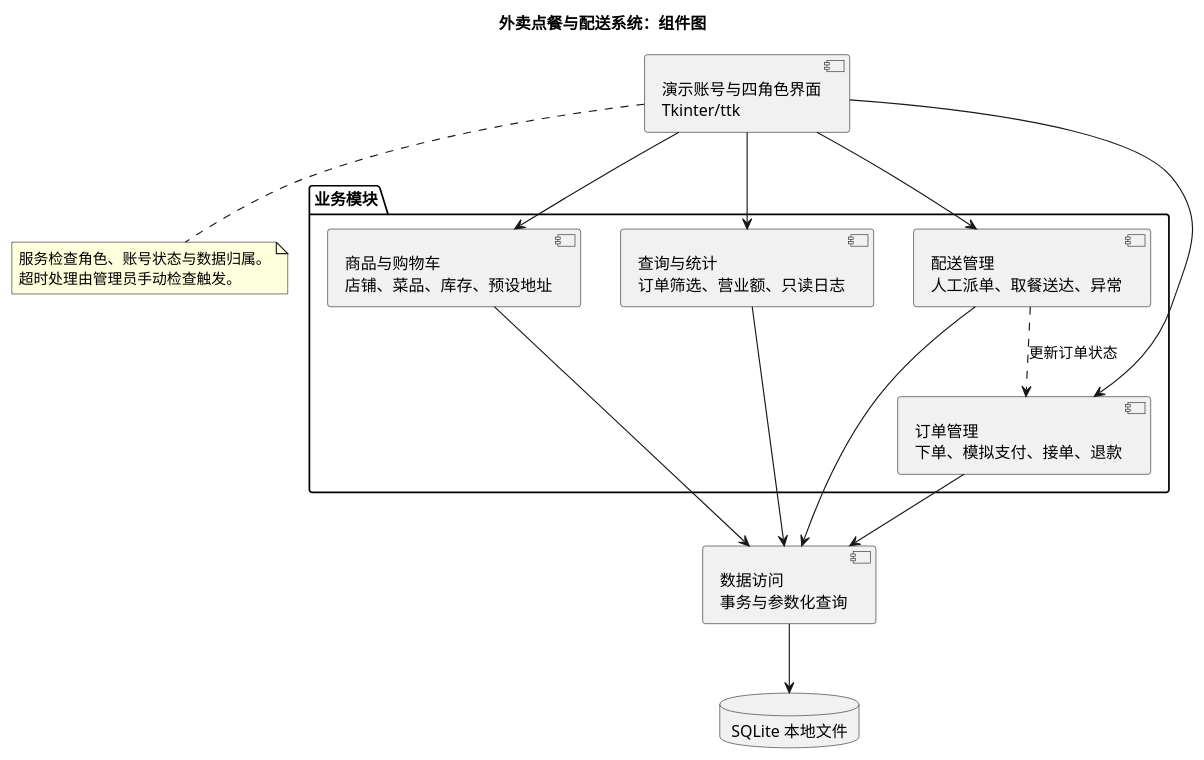
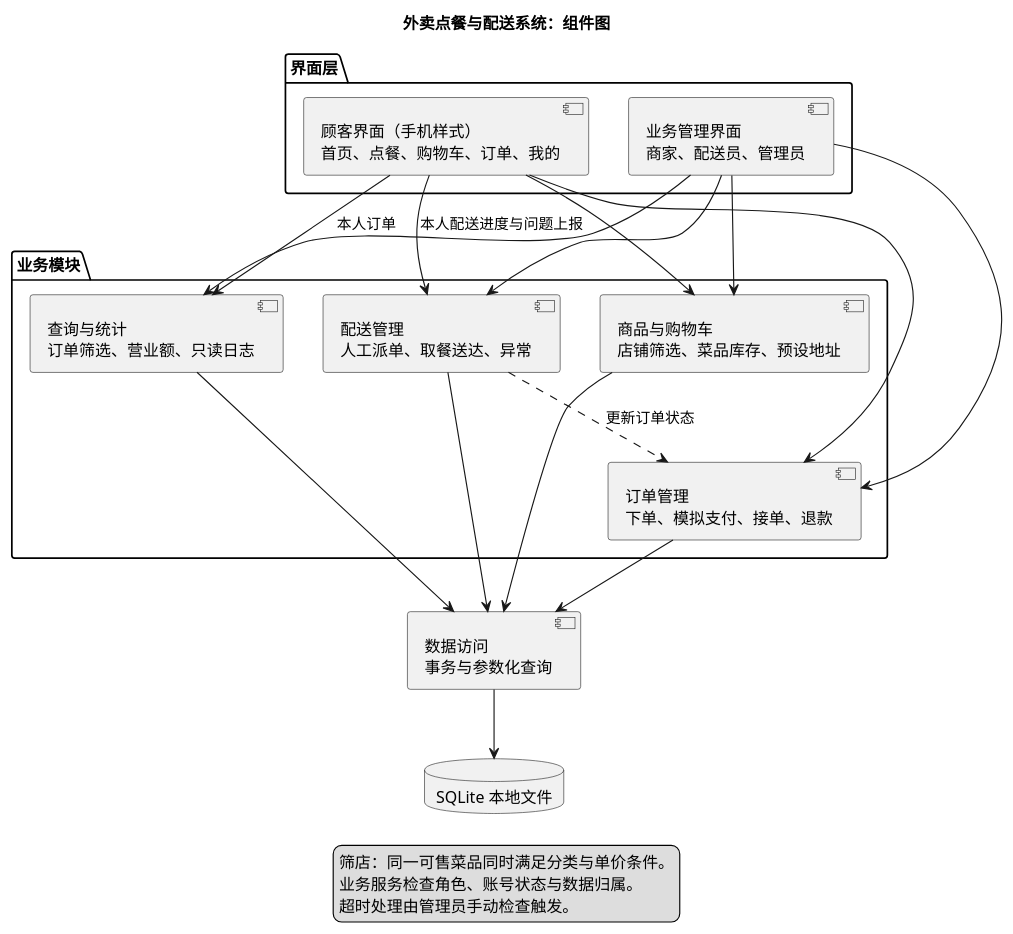
One commit to yizuochengshilidefeng/Software-lab changed the diagram in UML/UML组件图.puml. Above: the diagram before and after it, drawn with PlantUML. The commit also changed 7 other files, not shown here.

```diff
--- a/UML/UML组件图.puml
+++ b/UML/UML组件图.puml
@@ -1,31 +1,39 @@
 @startuml
 title 外卖点餐与配送系统：组件图
 skinparam defaultFontName Microsoft YaHei
 skinparam shadowing false
 top to bottom direction
 
-component "演示账号与四角色界面\nTkinter/ttk" as UI
+package "界面层" {
+  component "顾客界面（手机样式）\n首页、点餐、购物车、订单、我的" as CustomerUI
+  component "业务管理界面\n商家、配送员、管理员" as StaffUI
+}
 package "业务模块" {
-  component "商品与购物车\n店铺、菜品、库存、预设地址" as Catalog
+  component "商品与购物车\n店铺筛选、菜品库存、预设地址" as Catalog
   component "订单管理\n下单、模拟支付、接单、退款" as Orders
   component "配送管理\n人工派单、取餐送达、异常" as Delivery
   component "查询与统计\n订单筛选、营业额、只读日志" as Query
 }
 component "数据访问\n事务与参数化查询" as Data
 database "SQLite 本地文件" as DB
 
-UI --> Catalog
-UI --> Orders
-UI --> Delivery
-UI --> Query
+CustomerUI --> Catalog
+CustomerUI --> Orders
+CustomerUI --> Delivery : 本人配送进度与问题上报
+CustomerUI --> Query : 本人订单
+StaffUI --> Catalog
+StaffUI --> Orders
+StaffUI --> Delivery
+StaffUI --> Query
 Delivery ..> Orders : 更新订单状态
 Catalog --> Data
 Orders --> Data
 Delivery --> Data
 Query --> Data
 Data --> DB
-note bottom of UI
-  服务检查角色、账号状态与数据归属。
+legend bottom
+  筛店：同一可售菜品同时满足分类与单价条件。
+  业务服务检查角色、账号状态与数据归属。
   超时处理由管理员手动检查触发。
-end note
+endlegend
 @enduml
```
